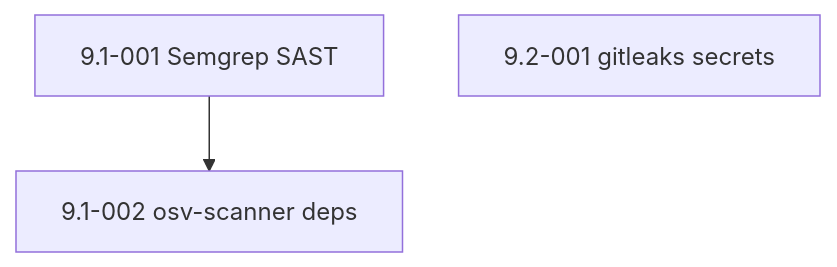
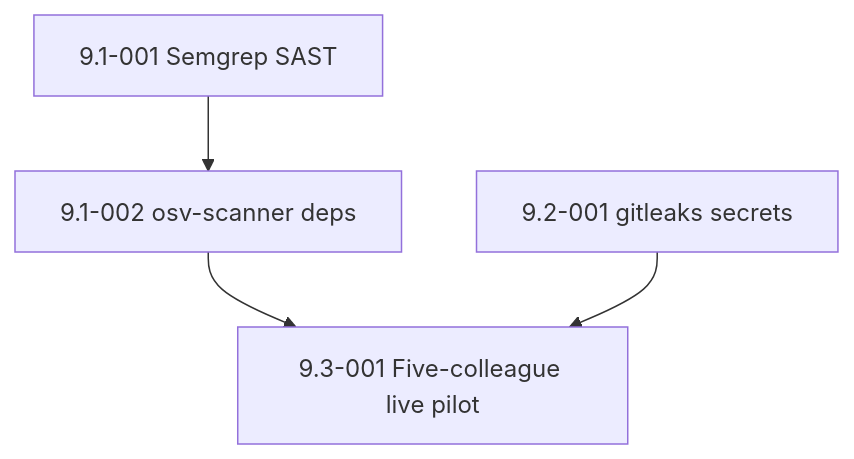
Before and after one commit to fxmartin/claude-code-config: the diagram in docs/stories/epic-09-security-quality-gates.md, drawn with Mermaid. The commit also changed other lines of this file and 6 other files, not shown here.

First line of the commit message:
docs(stories): move five-colleague live pilot to end of epic-09

````diff
--- a/docs/stories/epic-09-security-quality-gates.md
+++ b/docs/stories/epic-09-security-quality-gates.md
@@ -105,7 +125,10 @@
 ```mermaid
 flowchart TD
     S1[9.1-001 Semgrep SAST]
     S2[9.1-002 osv-scanner deps]
     S3[9.2-001 gitleaks secrets]
+    S4[9.3-001 Five-colleague live pilot]
     S1 --> S2
+    S2 --> S4
+    S3 --> S4
 ```
````
